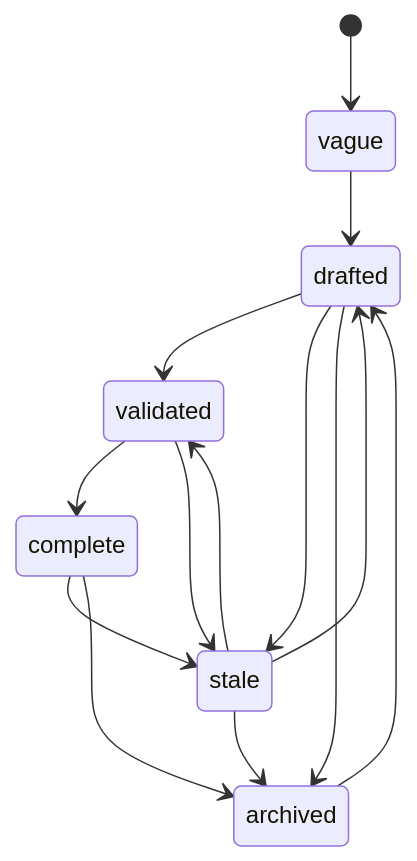
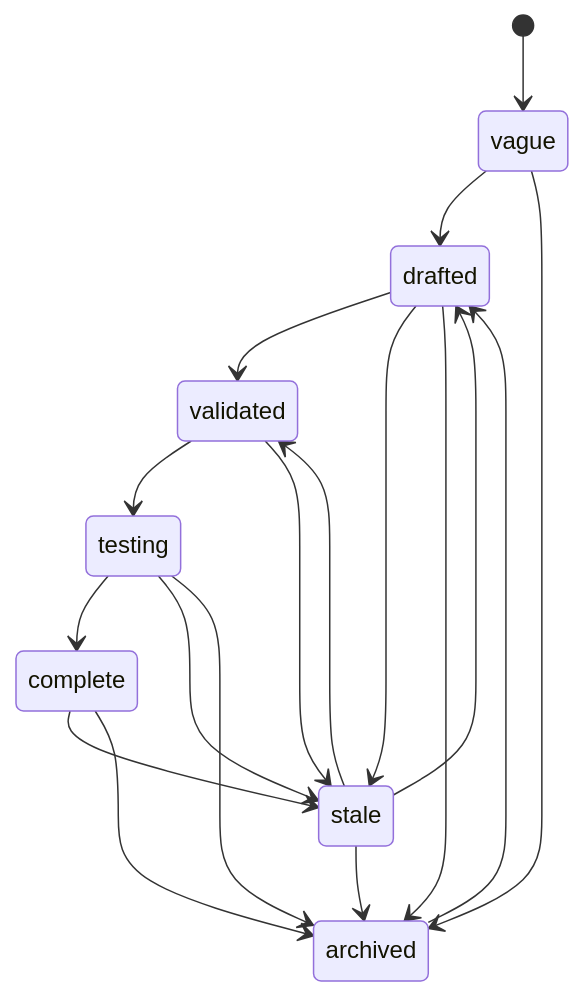
One commit to changkun/wallfacer changed the second of 3 diagrams in docs/internals/plan-mode.md. Above: the diagram before and after it, drawn with Mermaid. The commit also changed other lines of this file and 1 other file, not shown here.

````diff
--- a/docs/internals/plan-mode.md
+++ b/docs/internals/plan-mode.md
@@ -71,16 +77,20 @@
 ```mermaid
 stateDiagram-v2
     [*] --> vague
     vague --> drafted
+    vague --> archived
     drafted --> validated
     drafted --> stale
     drafted --> archived
-    validated --> complete
+    validated --> testing
     validated --> stale
+    testing --> complete
+    testing --> stale
+    testing --> archived
     complete --> stale
     complete --> archived
     stale --> drafted
     stale --> validated
     stale --> archived
     archived --> drafted
 ```
````
